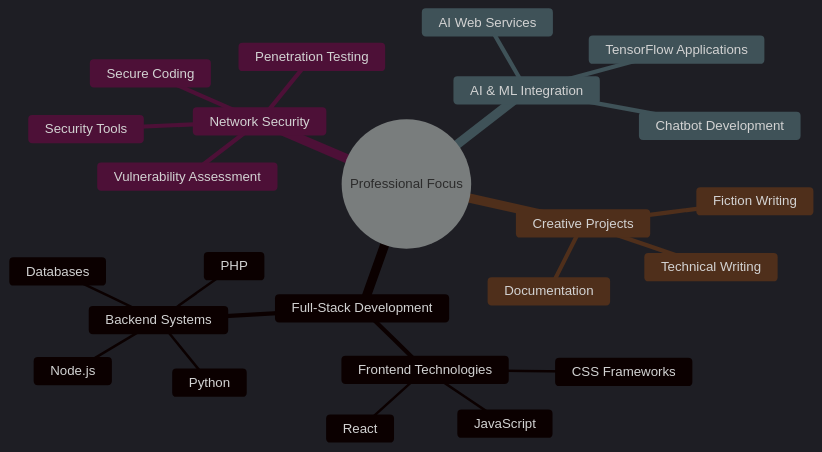
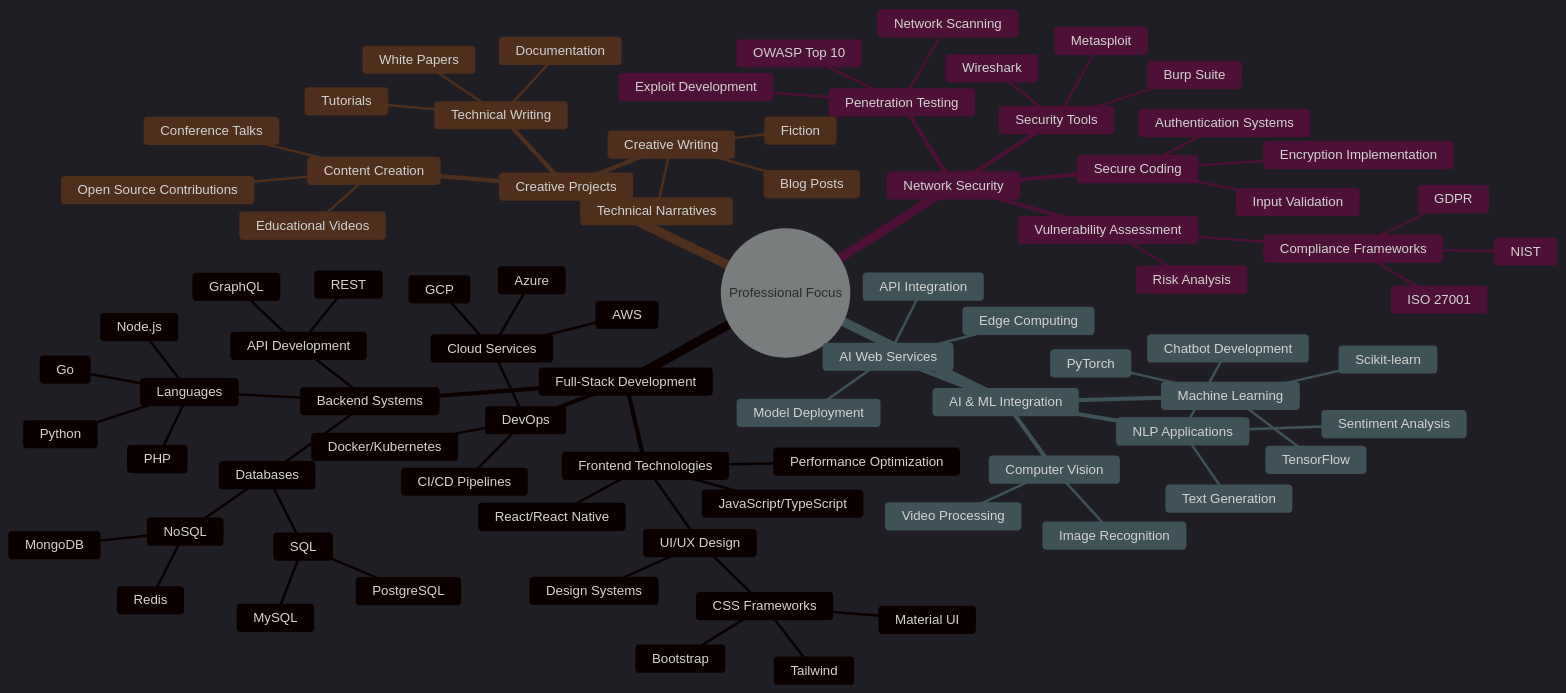
Before and after one commit to awiones/awiones: the diagram in README.md, drawn with Mermaid.

````diff
--- a/README.md
+++ b/README.md
@@ -201,28 +201,87 @@
 ```mermaid
-%%{init: {'theme': 'dark', 'themeVariables': { 'fontSize': '16px'}}}%%
+%%{init: {'theme': 'dark', 'themeVariables': { 'fontSize': '16px', 'primaryColor': '#5a78b1', 'primaryTextColor': '#fff', 'lineColor': '#5a78b1'}}}%%
 mindmap
   root((Professional Focus))
     Full-Stack Development
       Frontend Technologies
-        React
-        JavaScript
-        CSS Frameworks
+        React/React Native
+        JavaScript/TypeScript
+        UI/UX Design
+          CSS Frameworks
+            Tailwind
+            Bootstrap
+            Material UI
+          Design Systems
+        Performance Optimization
       Backend Systems
-        Node.js
-        Python
-        PHP
+        API Development
+          REST
+          GraphQL
+        Languages
+          Node.js
+          Python
+          PHP
+          Go
         Databases
+          SQL
+            PostgreSQL
+            MySQL
+          NoSQL
+            MongoDB
+            Redis
+      DevOps
+        CI/CD Pipelines
+        Docker/Kubernetes
+        Cloud Services
+          AWS
+          Azure
+          GCP
     Network Security
       Penetration Testing
+        OWASP Top 10
+        Network Scanning
+        Exploit Development
       Vulnerability Assessment
+        Risk Analysis
+        Compliance Frameworks
+          ISO 27001
+          NIST
+          GDPR
       Security Tools
+        Wireshark
+        Metasploit
+        Burp Suite
       Secure Coding
+        Input Validation
+        Authentication Systems
+        Encryption Implementation
     AI & ML Integration
-      TensorFlow Applications
-      Chatbot Development
+      Machine Learning
+        TensorFlow
+        PyTorch
+        Scikit-learn
+      NLP Applications
+        Chatbot Development
+        Sentiment Analysis
+        Text Generation
+      Computer Vision
+        Image Recognition
+        Video Processing
       AI Web Services
+        API Integration
+        Model Deployment
+        Edge Computing
     Creative Projects
       Technical Writing
-      Fiction Writing
-      Documentation
+        Documentation
+        Tutorials
+        White Papers
+      Creative Writing
+        Fiction
+        Blog Posts
+        Technical Narratives
+      Content Creation
+        Educational Videos
+        Conference Talks
+        Open Source Contributions
 ```
````
